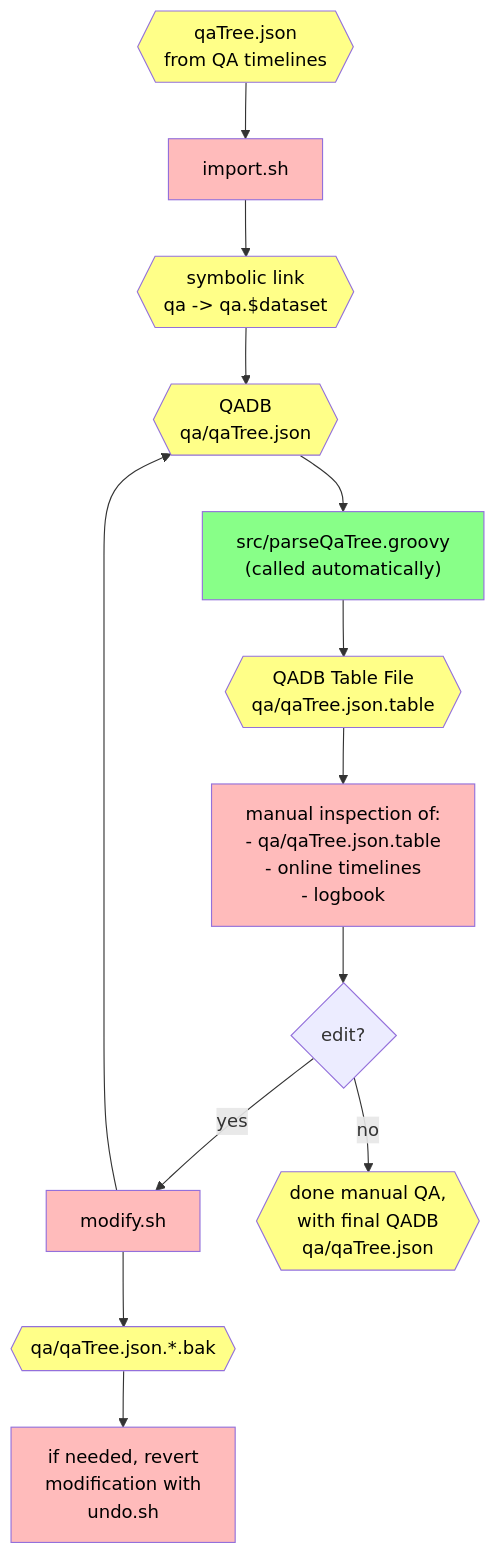
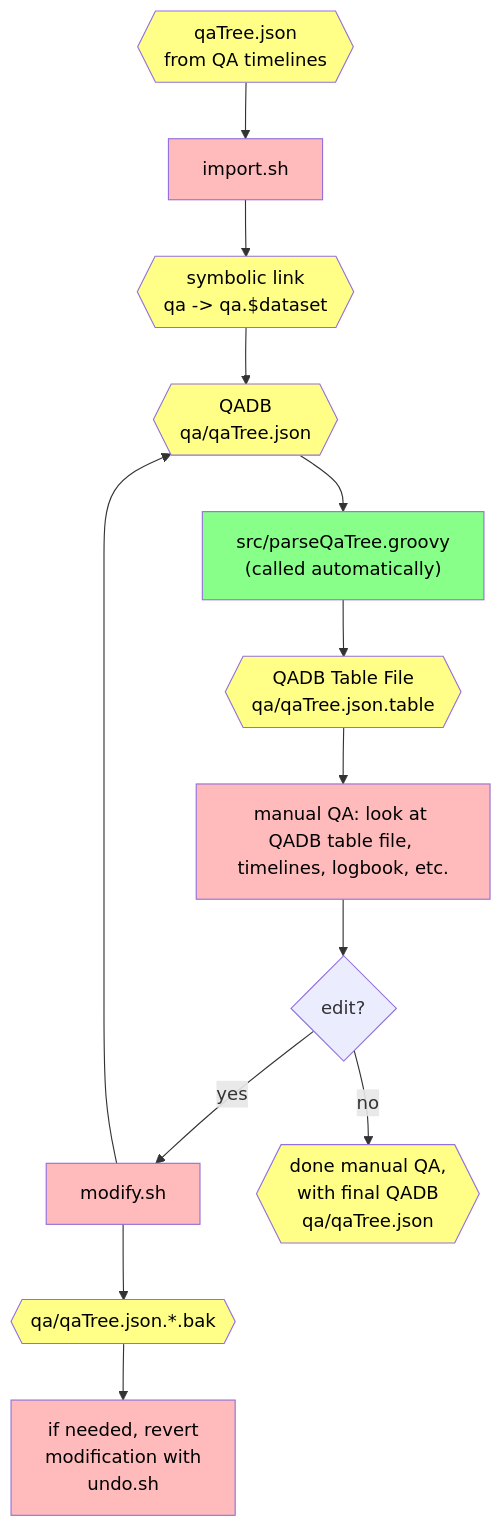
The diagram in qadb/README.md (JeffersonLab/clas12-timeline), drawn with Mermaid before and after one commit.

````diff
--- a/qadb/README.md
+++ b/qadb/README.md
@@ -45,30 +45,30 @@
 ```mermaid
 flowchart TB
 
     classDef data fill:#ff8,color:black
     classDef auto fill:#8f8,color:black
     classDef manual fill:#fbb,color:black
 
     qaTreeInit{{qaTree.json<br>from QA timelines}}:::data
     import[import.sh]:::manual
     parse["src/parseQaTree.groovy<br>(called automatically)"]:::auto
     symlink{{symbolic link<br>qa -> qa.$dataset}}:::data
     qaTree{{QADB<br>qa/qaTree.json}}:::data
     qaTable{{QADB Table File<br>qa/qaTree.json.table}}:::data
 
     qaTreeInit --> import --> symlink --> qaTree --> parse --> qaTable
 
-    inspect[manual inspection of:<br>- qa/qaTree.json.table<br>- online timelines<br>- logbook]:::manual
+    manualQA[manual QA: look at QADB table file, timelines, logbook, etc.]:::manual
     edit{edit?}
     modify[modify.sh]:::manual
     qaTreeBak{{qa/qaTree.json.*.bak}}:::data
     undo[if needed, revert<br>modification with<br>undo.sh]:::manual
 
-    qaTable --> inspect --> edit
+    qaTable --> manualQA --> edit
 
     edit -->|yes|modify --> qaTree
     modify --> qaTreeBak
     qaTreeBak --> undo
 
     edit -->|no|done{{done manual QA,<br>with final QADB<br>qa/qaTree.json}}:::data
 ```
````
